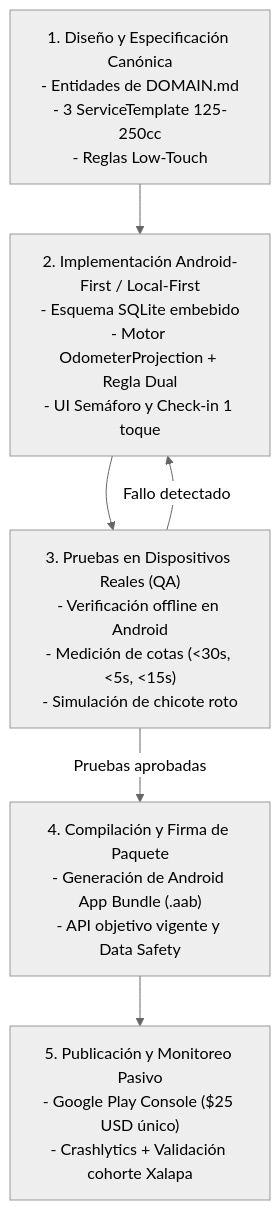
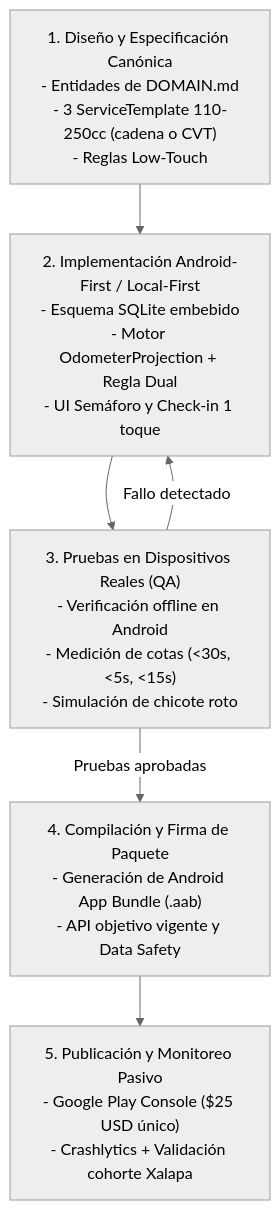
The second of 4 diagrams in .routing/academic/TECHNICAL_STUDY.md (OGShawnLee/Itinera), drawn with Mermaid (neutral theme) before and after one commit. The commit also changed other lines of this file and 19 other files, not shown here.

````diff
--- a/.routing/academic/TECHNICAL_STUDY.md
+++ b/.routing/academic/TECHNICAL_STUDY.md
@@ -163,8 +163,8 @@
 ```mermaid
 flowchart TD
-    B1["1. Diseño y Especificación Canónica\n- Entidades de DOMAIN.md\n- 3 ServiceTemplate 125-250cc\n- Reglas Low-Touch"] --> B2["2. Implementación Android-First / Local-First\n- Esquema SQLite embebido\n- Motor OdometerProjection + Regla Dual\n- UI Semáforo y Check-in 1 toque"]
+    B1["1. Diseño y Especificación Canónica\n- Entidades de DOMAIN.md\n- 3 ServiceTemplate 110-250cc (cadena o CVT)\n- Reglas Low-Touch"] --> B2["2. Implementación Android-First / Local-First\n- Esquema SQLite embebido\n- Motor OdometerProjection + Regla Dual\n- UI Semáforo y Check-in 1 toque"]
     B2 --> B3["3. Pruebas en Dispositivos Reales (QA)\n- Verificación offline en Android\n- Medición de cotas (<30s, <5s, <15s)\n- Simulación de chicote roto"]
     B3 -->|"Fallo detectado"| B2
     B3 -->|"Pruebas aprobadas"| B4["4. Compilación y Firma de Paquete\n- Generación de Android App Bundle (.aab)\n- API objetivo vigente y Data Safety"]
     B4 --> B5["5. Publicación y Monitoreo Pasivo\n- Google Play Console ($25 USD único)\n- Crashlytics + Validación cohorte Xalapa"]
 ```
````
